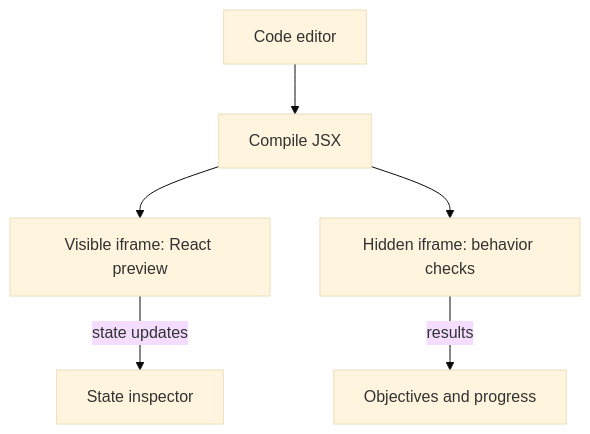
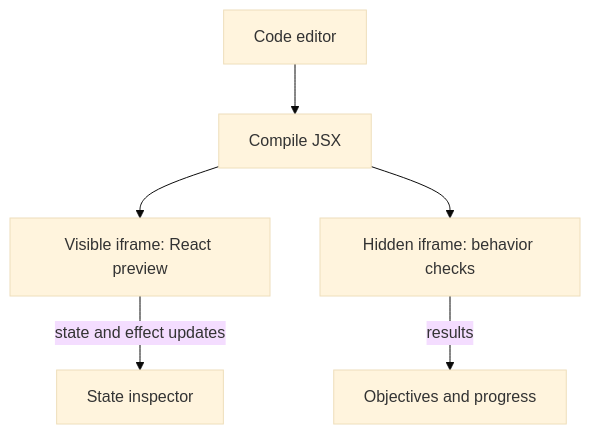
One commit to aladin002dz/code-craft-iii changed the second of 2 diagrams in README.md. Above: the diagram before and after it, drawn with Mermaid (base theme). The commit also changed other lines of this file and 77 other files, not shown here.

````diff
--- a/README.md
+++ b/README.md
@@ -23,8 +23,8 @@
 ```mermaid
 flowchart TB
     Editor[Code editor] --> Compile[Compile JSX]
     Compile --> Preview[Visible iframe: React preview]
     Compile --> Checks[Hidden iframe: behavior checks]
-    Preview -->|state updates| Inspector[State inspector]
+    Preview -->|state and effect updates| Inspector[State inspector]
     Checks -->|results| Progress[Objectives and progress]
 ```
````
